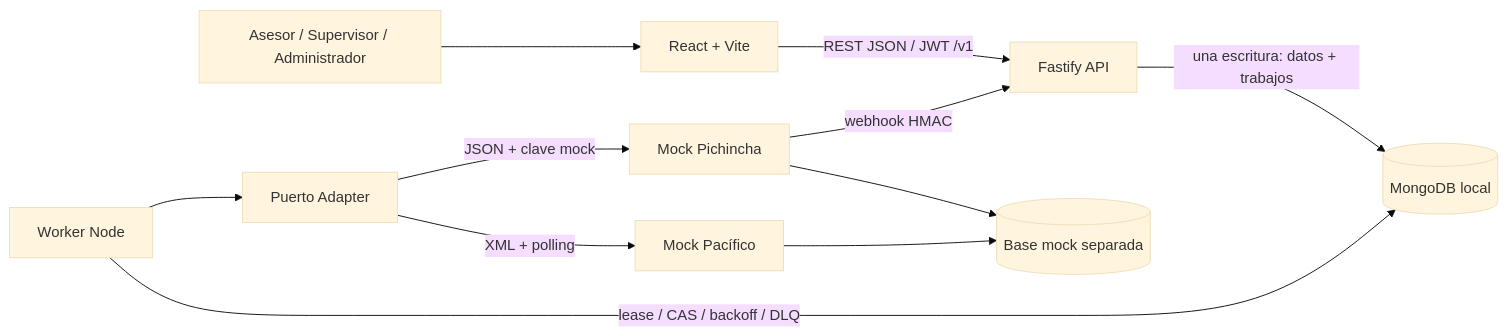
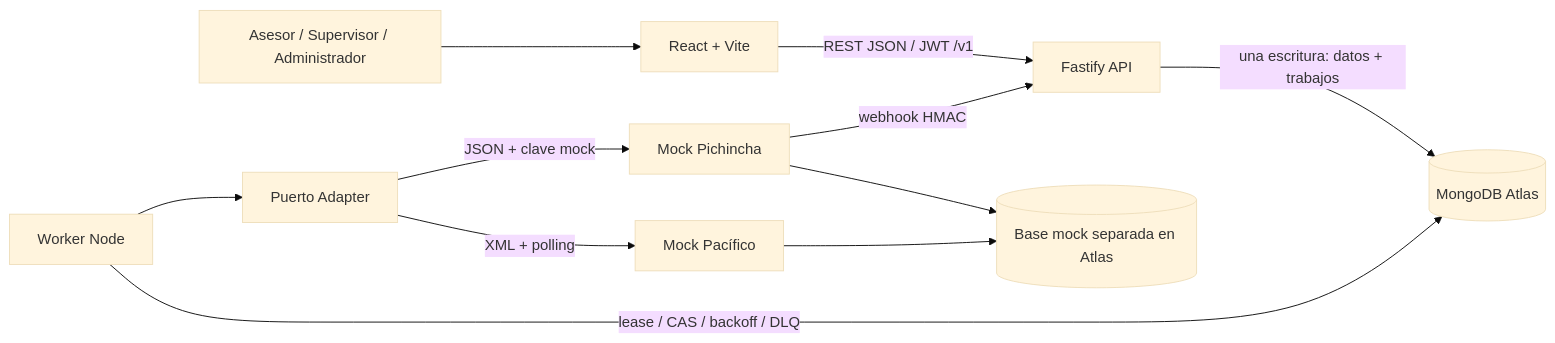
Before and after one commit to ian0000/proyecto-api-final: the first of 2 diagrams in docs/ARCHITECTURE.md, drawn with Mermaid (base theme). The commit also changed other lines of this file and 9 other files, not shown here.

````diff
--- a/docs/ARCHITECTURE.md
+++ b/docs/ARCHITECTURE.md
@@ -16,13 +18,13 @@
 ```mermaid
 flowchart LR
   U[Asesor / Supervisor / Administrador] --> WEB[React + Vite]
   WEB -->|REST JSON / JWT /v1| API[Fastify API]
-  API -->|una escritura: datos + trabajos| DB[(MongoDB local)]
+  API -->|una escritura: datos + trabajos| DB[(MongoDB Atlas)]
   W[Worker Node] -->|lease / CAS / backoff / DLQ| DB
   W --> A[Puerto Adapter]
   A -->|JSON + clave mock| P[Mock Pichincha]
   A -->|XML + polling| B[Mock Pacífico]
   P -->|webhook HMAC| API
-  P --> MD[(Base mock separada)]
+  P --> MD[(Base mock separada en Atlas)]
   B --> MD
 ```
````
